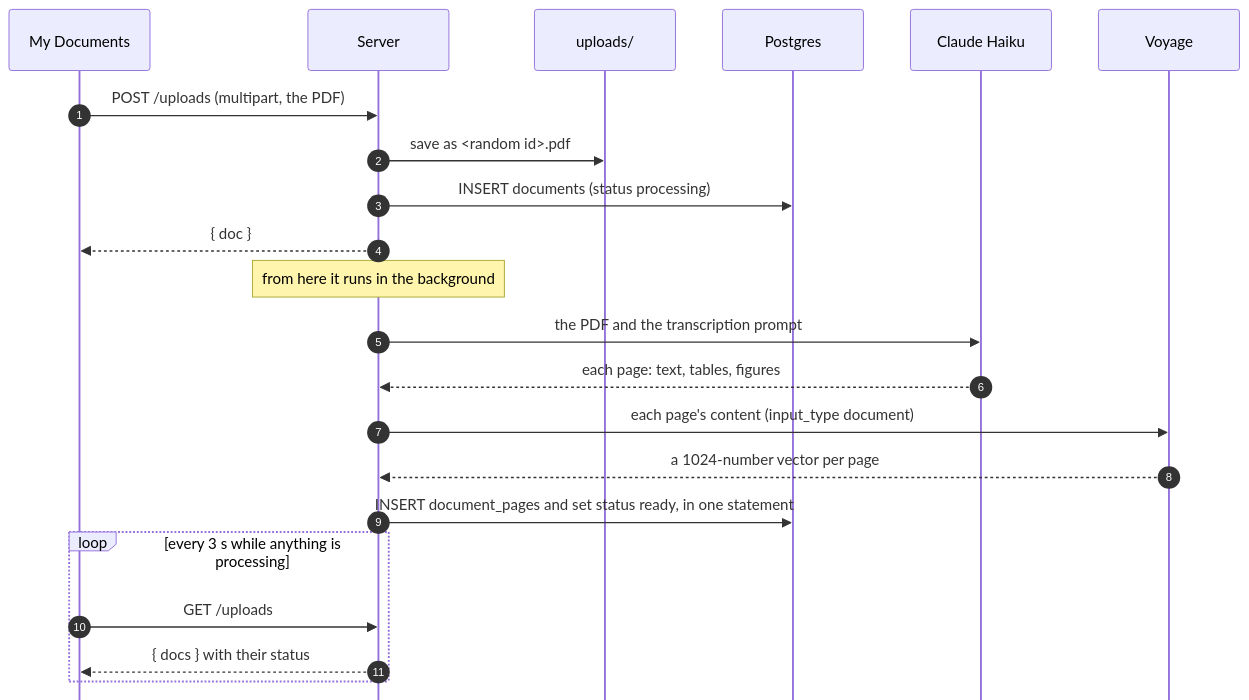
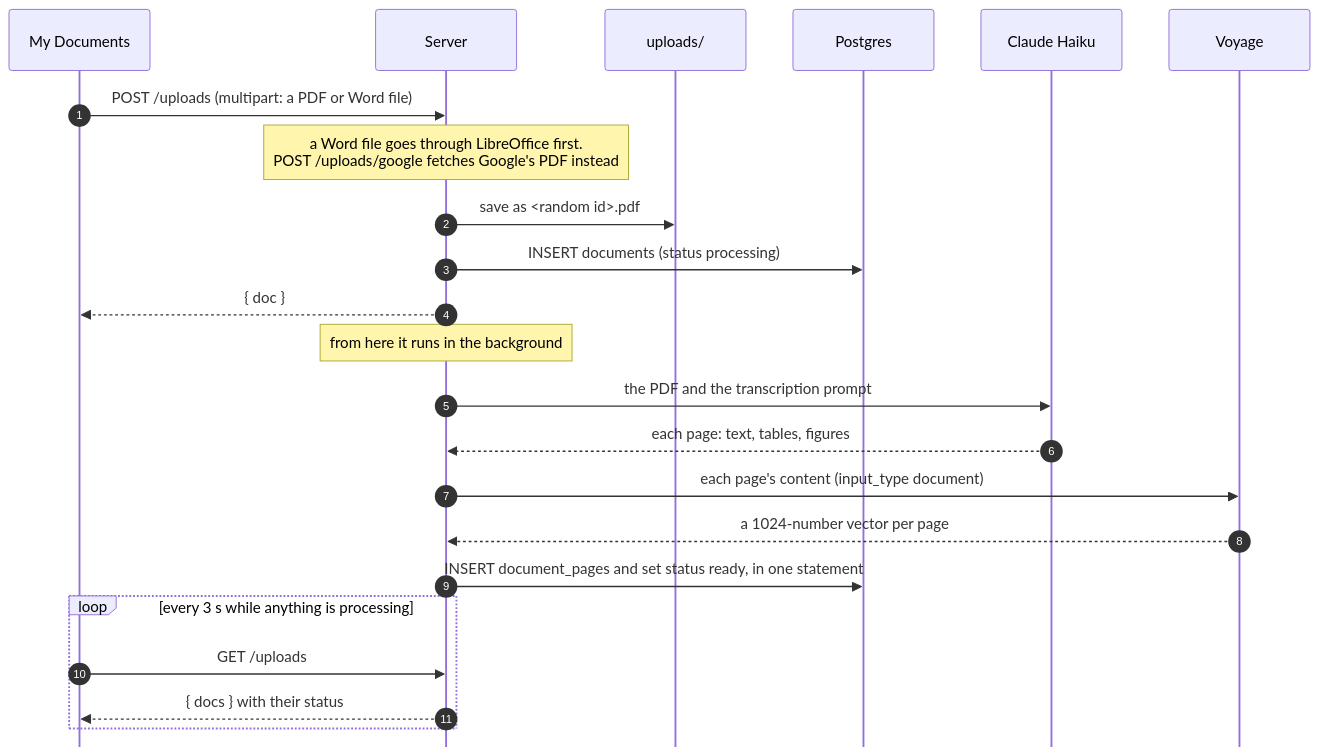
Before and after one commit to arberhh/multimodal-rag: the second of 3 diagrams in README.md, drawn with Mermaid. The commit also changed other lines of this file and 16 other files, not shown here.

First line of the commit message:
arb-87: accept word files and google docs (#19)

````diff
--- a/README.md
+++ b/README.md
@@ -81,26 +81,27 @@
 ```mermaid
 %%{init: {"sequence": {"mirrorActors": false}}}%%
 sequenceDiagram
   autonumber
   participant App as My Documents
   participant API as Server
   participant Disk as uploads/
   participant DB as Postgres
   participant Haiku as Claude Haiku
   participant Voyage
 
-  App->>API: POST /uploads (multipart, the PDF)
+  App->>API: POST /uploads (multipart: a PDF or Word file)
+  Note over API: a Word file goes through LibreOffice first.<br/>POST /uploads/google fetches Google's PDF instead
   API->>Disk: save as <random id>.pdf
   API->>DB: INSERT documents (status processing)
   API-->>App: { doc }
   Note over API: from here it runs in the background
   API->>Haiku: the PDF and the transcription prompt
   Haiku-->>API: each page: text, tables, figures
   API->>Voyage: each page's content (input_type document)
   Voyage-->>API: a 1024-number vector per page
   API->>DB: INSERT document_pages and set status ready, in one statement
   loop every 3 s while anything is processing
     App->>API: GET /uploads
     API-->>App: { docs } with their status
   end
 ```
````
